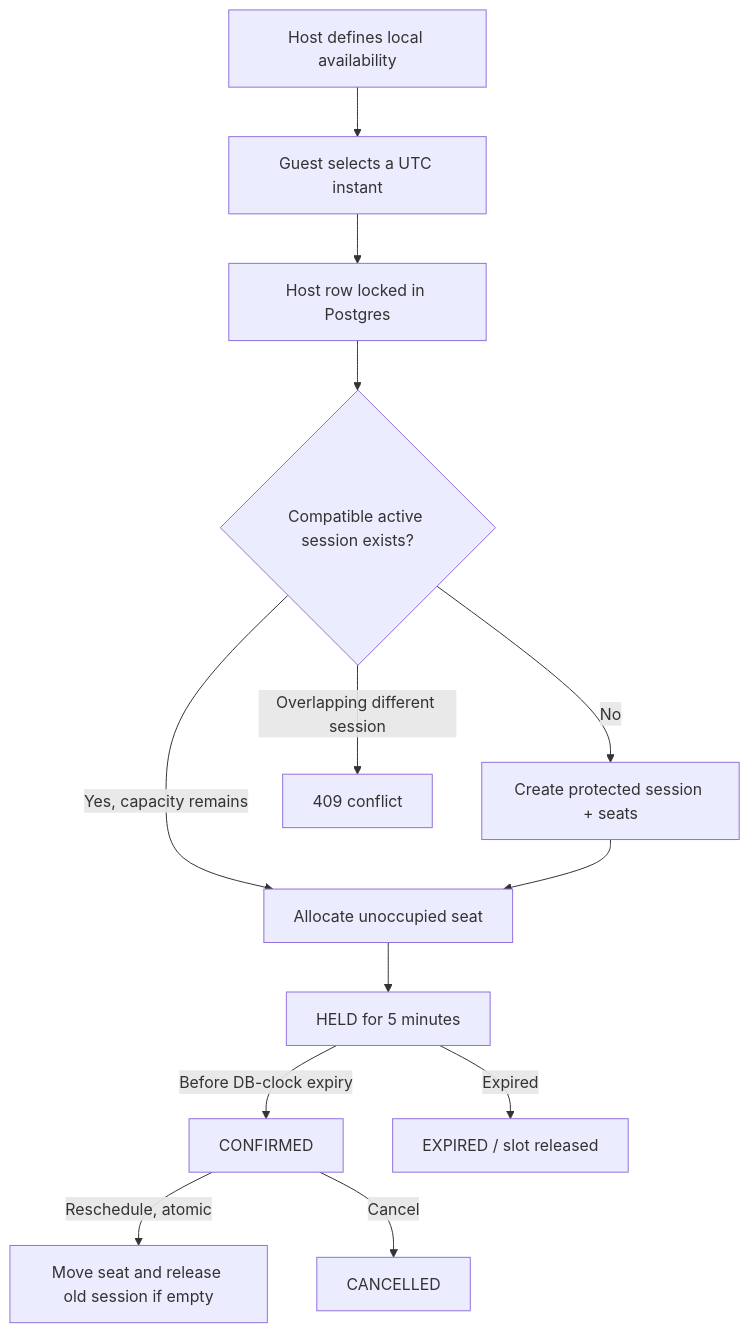
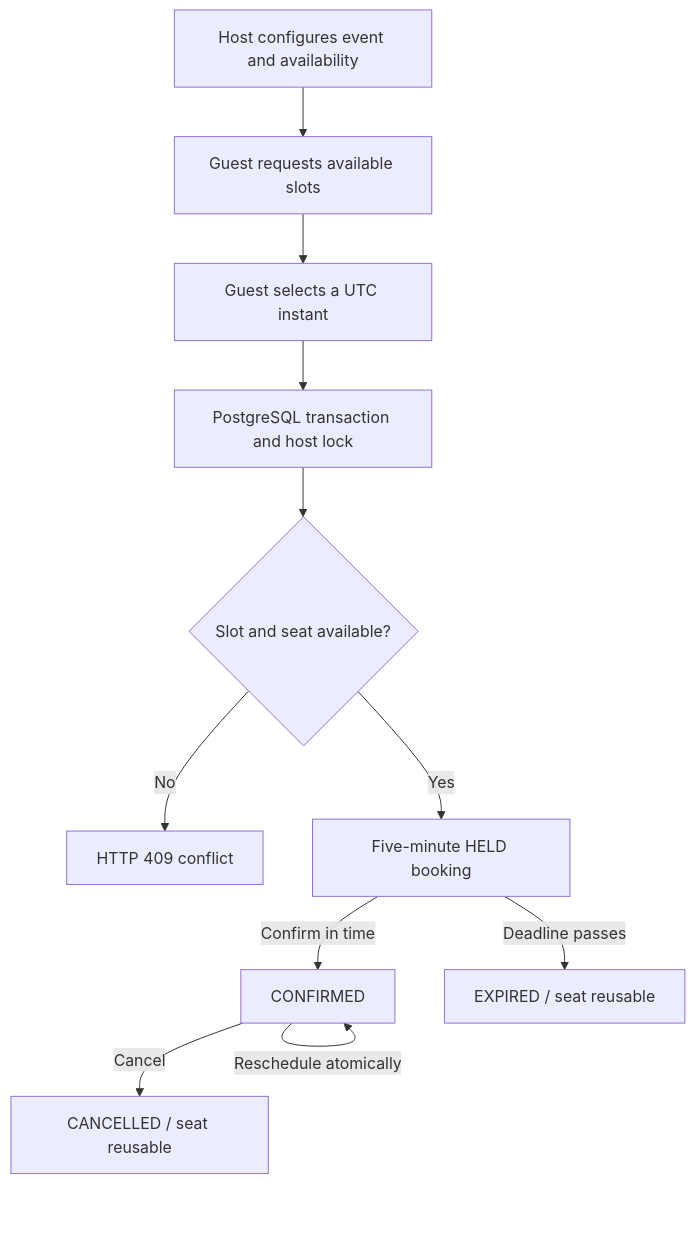
Before and after one commit to aadityahammad-2002/Slotbook: the second of 2 diagrams in README.md, drawn with Mermaid. The commit also changed other lines of this file and 5 other files, not shown here.

````diff
--- a/README.md
+++ b/README.md
@@ -98,15 +188,13 @@
 ```mermaid
 flowchart TD
-    A[Host defines local availability] --> B[Guest selects a UTC instant]
-    B --> C[Host row locked in Postgres]
-    C --> D{Compatible active session exists?}
-    D -->|Yes, capacity remains| E[Allocate unoccupied seat]
-    D -->|No| F[Create protected session + seats]
-    F --> E
-    D -->|Overlapping different session| X[409 conflict]
-    E --> H[HELD for 5 minutes]
-    H -->|Before DB-clock expiry| I[CONFIRMED]
-    H -->|Expired| J[EXPIRED / slot released]
-    I -->|Reschedule, atomic| K[Move seat and release old session if empty]
-    I -->|Cancel| L[CANCELLED]
+    A[Host configures event and availability] --> B[Guest requests available slots]
+    B --> C[Guest selects a UTC instant]
+    C --> D[PostgreSQL transaction and host lock]
+    D --> E{Slot and seat available?}
+    E -->|No| X[HTTP 409 conflict]
+    E -->|Yes| F[Five-minute HELD booking]
+    F -->|Confirm in time| G[CONFIRMED]
+    F -->|Deadline passes| H[EXPIRED / seat reusable]
+    G -->|Reschedule atomically| G
+    G -->|Cancel| I[CANCELLED / seat reusable]
 ```
````
